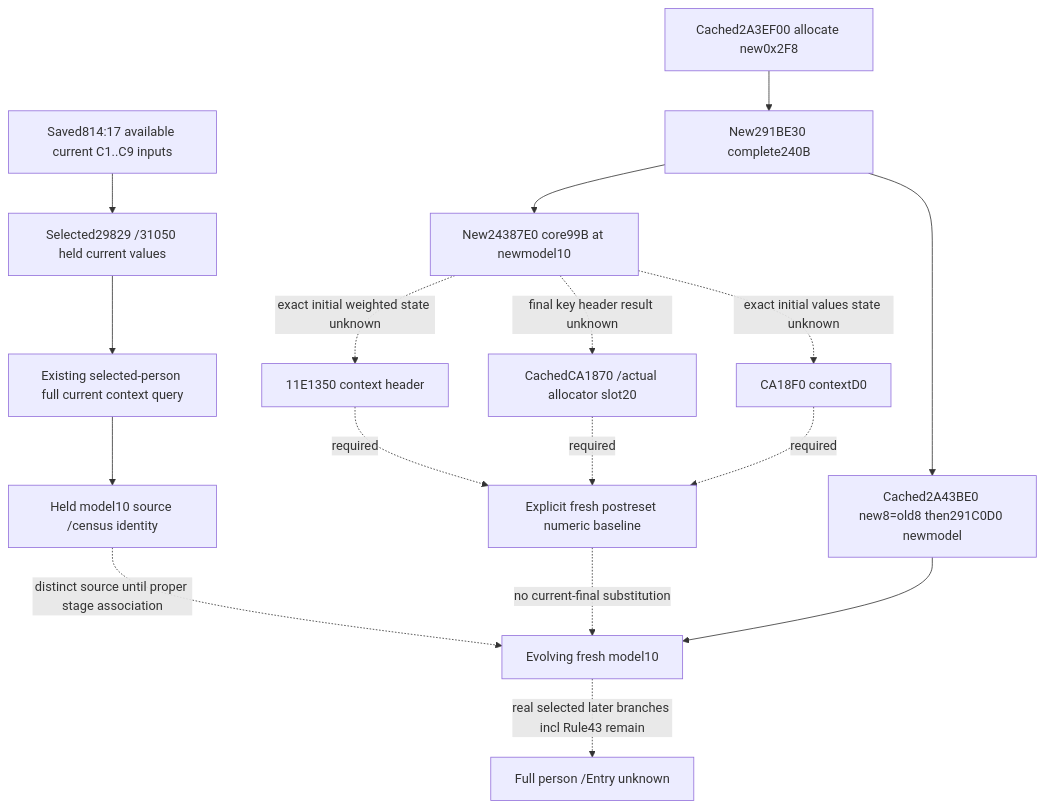
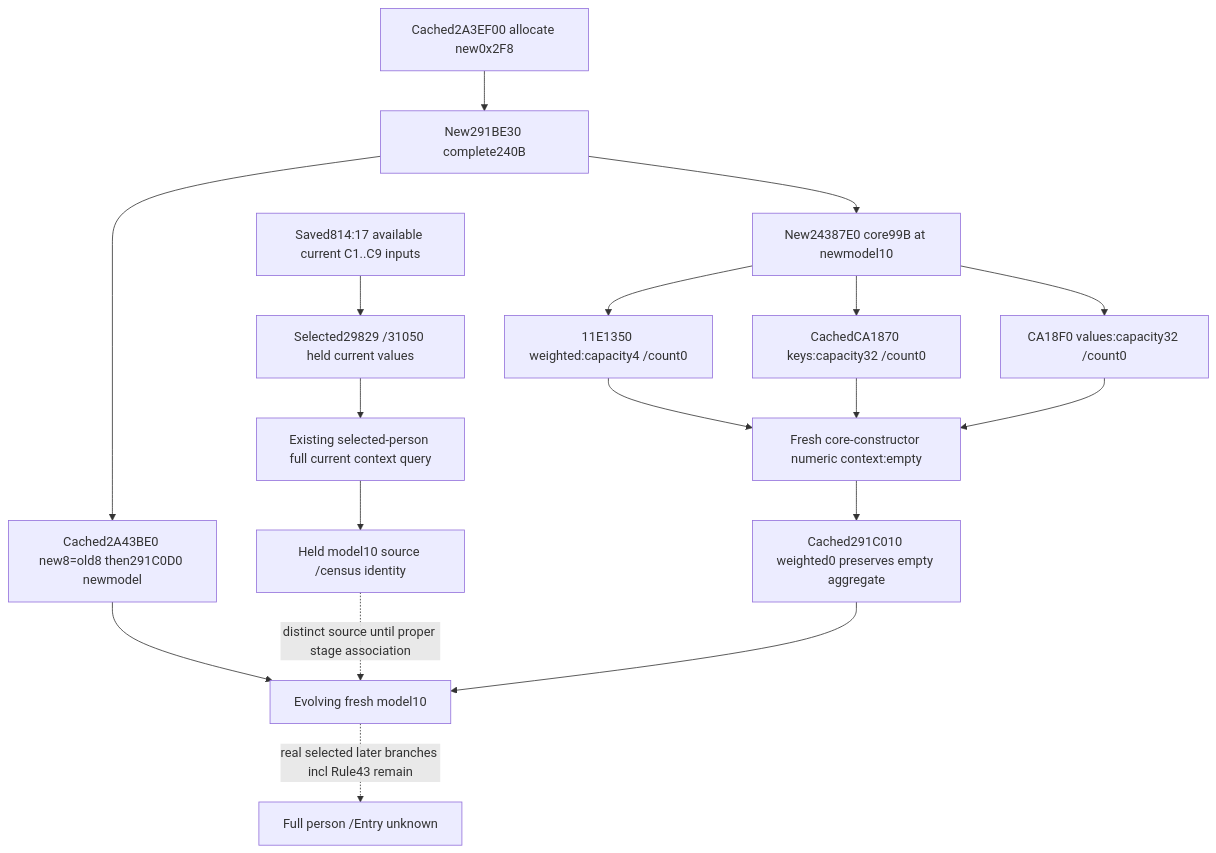
One commit to XenoAmess/ck3_eternal_recurrence changed the diagram in docs/ck3-native-ai/battle-first-contact-model-quality-814-12003.md. Above: the diagram before and after it, drawn with Mermaid. The commit also changed other lines of this file, not shown here.

First line of the commit message:
Document fresh person context initialized counts

````diff
--- a/docs/ck3-native-ai/battle-first-contact-model-quality-814-12003.md
+++ b/docs/ck3-native-ai/battle-first-contact-model-quality-814-12003.md
@@ -81,19 +91,20 @@
 ```mermaid
 flowchart TD
   S[Saved814:17 available current C1..C9 inputs] --> H[Selected29829 /31050 held current values]
   H --> Q[Existing selected-person full current context query]
   Q --> O[Held model10 source /census identity]
   A[Cached2A3EF00 allocate new0x2F8] --> B[New291BE30 complete240B]
   B --> C[New24387E0 core99B at newmodel10]
-  C -. exact initial weighted state unknown .-> W[11E1350 context header]
-  C -. final key header result unknown .-> K[CachedCA1870 /actual allocator slot20]
-  C -. exact initial values state unknown .-> V[CA18F0 contextD0]
-  W -. required .-> E[Explicit fresh postreset numeric baseline]
-  K -. required .-> E
-  V -. required .-> E
+  C --> W[11E1350 weighted:capacity4 /count0]
+  C --> K[CachedCA1870 keys:capacity32 /count0]
+  C --> V[CA18F0 values:capacity32 /count0]
+  W --> E[Fresh core-constructor numeric context:empty]
+  K --> E
+  V --> E
+  E --> R[Cached291C010 weighted0 preserves empty aggregate]
   B --> P[Cached2A43BE0 new8=old8 then291C0D0 newmodel]
   P --> F[Evolving fresh model10]
   O -. distinct source until proper stage association .-> F
-  E -. no current-final substitution .-> F
+  R --> F
   F -. real selected later branches incl Rule43 remain .-> Z[Full person /Entry unknown]
 ```
````
